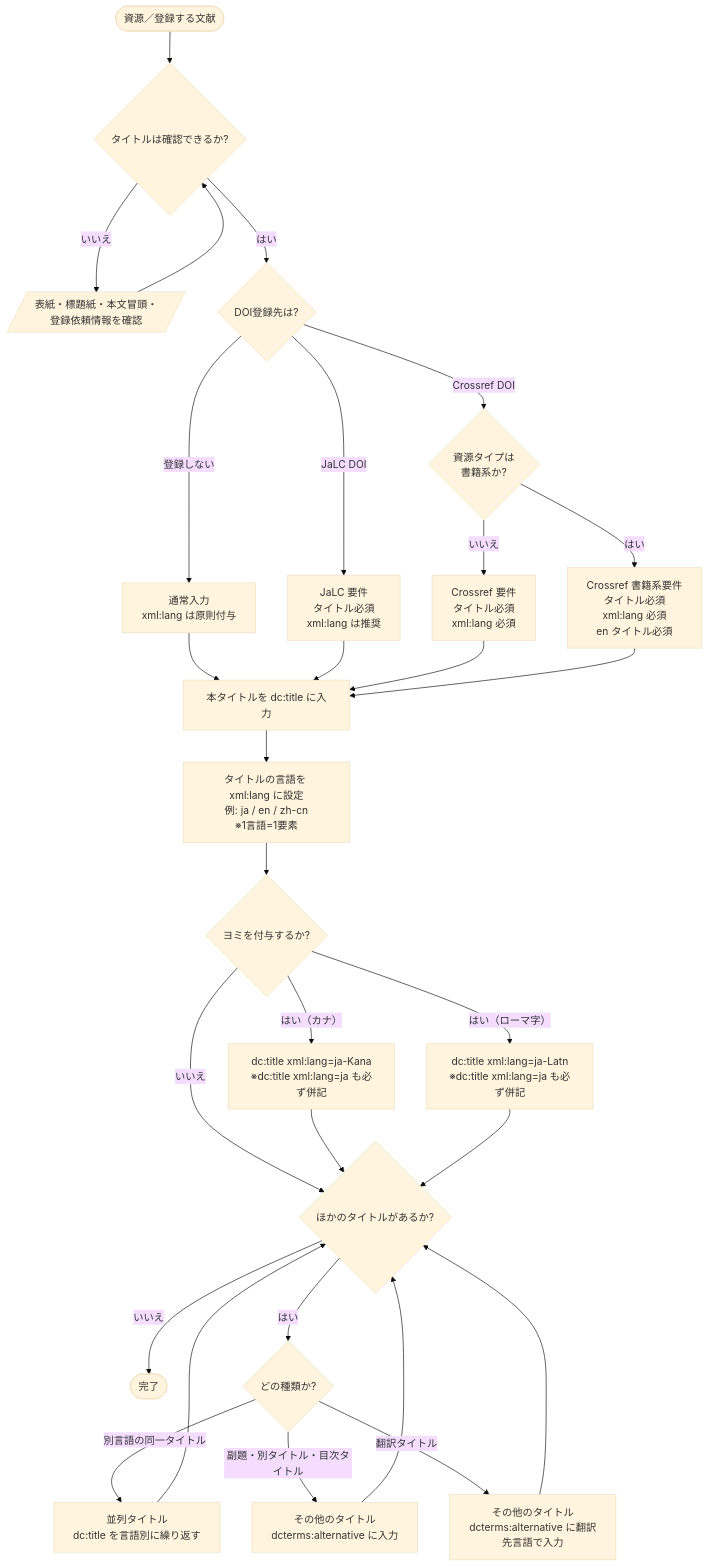
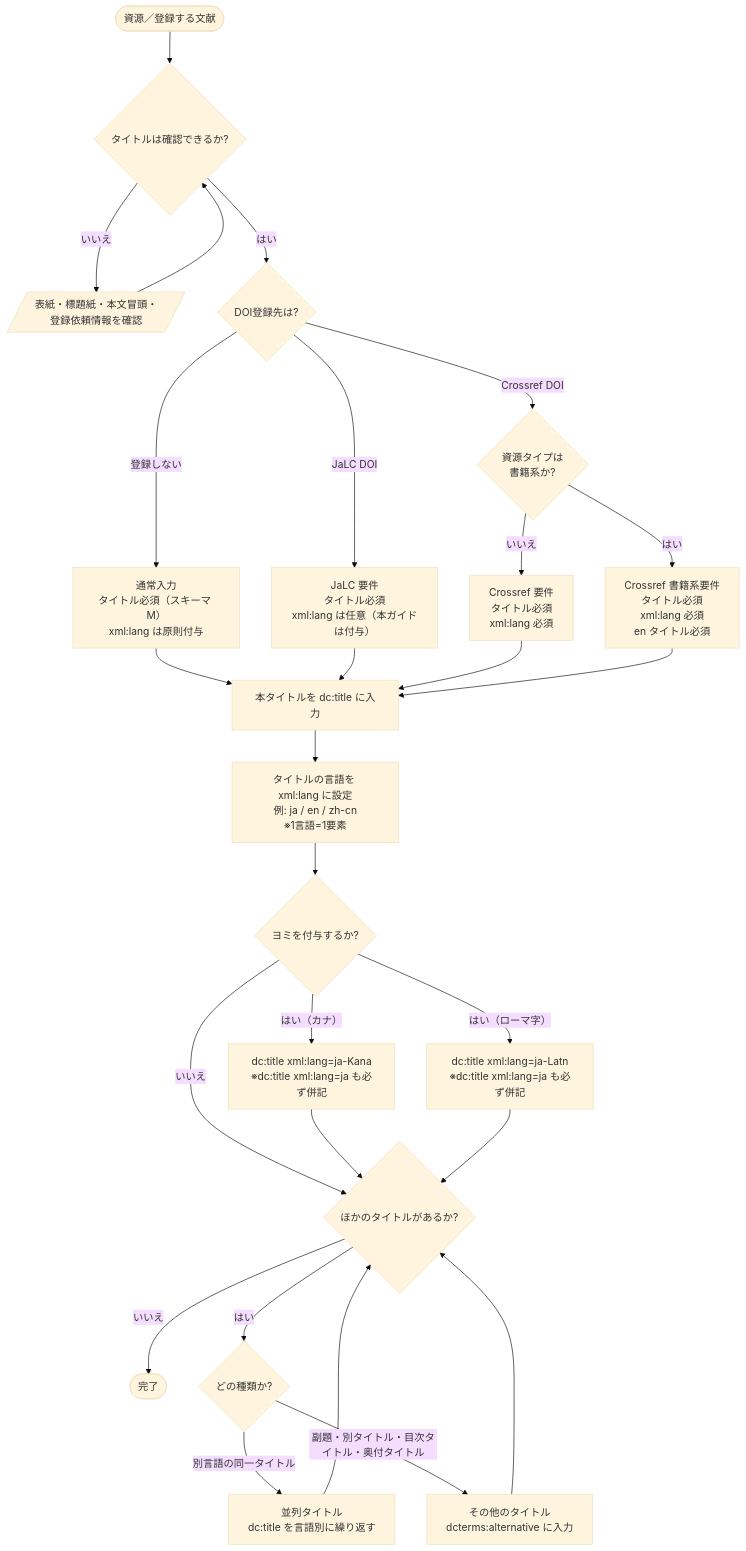
Before and after one commit to tzhaya/jpcoarschema-helper: the diagram in decision-trees/title.md, drawn with Mermaid (base theme). The commit also changed other lines of this file and 6 other files, not shown here.

````diff
--- a/decision-trees/title.md
+++ b/decision-trees/title.md
@@ -37,43 +38,41 @@
 ```mermaid
 flowchart TD
     R([資源／登録する文献]) --> D0{タイトルは確認できるか?}
     D0 -- いいえ --> A0[/表紙・標題紙・本文冒頭・登録依頼情報を確認/]
     A0 --> D0
     D0 -- はい --> Q1{DOI登録先は?}
 
-    Q1 -- 登録しない --> CTX0["通常入力<br/>xml:lang は原則付与"]
-    Q1 -- JaLC DOI --> CTX1["JaLC 要件<br/>タイトル必須<br/>xml:lang は推奨"]
+    Q1 -- 登録しない --> CTX0["通常入力<br/>タイトル必須（スキーマ M）<br/>xml:lang は原則付与"]
+    Q1 -- JaLC DOI --> CTX1["JaLC 要件<br/>タイトル必須<br/>xml:lang は任意（本ガイドは付与）"]
     Q1 -- Crossref DOI --> Q1a{資源タイプは<br/>書籍系か?}
 
     Q1a -- いいえ --> CTX2["Crossref 要件<br/>タイトル必須<br/>xml:lang 必須"]
     Q1a -- はい --> CTX3["Crossref 書籍系要件<br/>タイトル必須<br/>xml:lang 必須<br/>en タイトル必須"]
 
     CTX0 --> P1
     CTX1 --> P1
     CTX2 --> P1
     CTX3 --> P1
 
     P1["本タイトルを dc:title に入力"] --> P2["タイトルの言語を xml:lang に設定<br/>例: ja / en / zh-cn<br/>※1言語=1要素"]
     P2 --> D2{ヨミを付与するか?}
 
     D2 -- "はい（カナ）" --> A2a["dc:title xml:lang=ja-Kana<br/>※dc:title xml:lang=ja も必ず併記"]
     D2 -- "はい（ローマ字）" --> A2b["dc:title xml:lang=ja-Latn<br/>※dc:title xml:lang=ja も必ず併記"]
     D2 -- いいえ --> D3
 
     A2a --> D3
     A2b --> D3
 
     D3{ほかのタイトルがあるか?}
     D3 -- いいえ --> END
     D3 -- はい --> D3a{どの種類か?}
 
     D3a -- "別言語の同一タイトル" --> A3a["並列タイトル<br/>dc:title を言語別に繰り返す"]
-    D3a -- "副題・別タイトル・目次タイトル" --> A3b["その他のタイトル<br/>dcterms:alternative に入力"]
-    D3a -- "翻訳タイトル" --> A3c["その他のタイトル<br/>dcterms:alternative に翻訳先言語で入力"]
+    D3a -- "副題・別タイトル・目次タイトル・奥付タイトル" --> A3b["その他のタイトル<br/>dcterms:alternative に入力"]
 
     A3a --> D3
     A3b --> D3
-    A3c --> D3
 
     END([完了])
 ```
````
